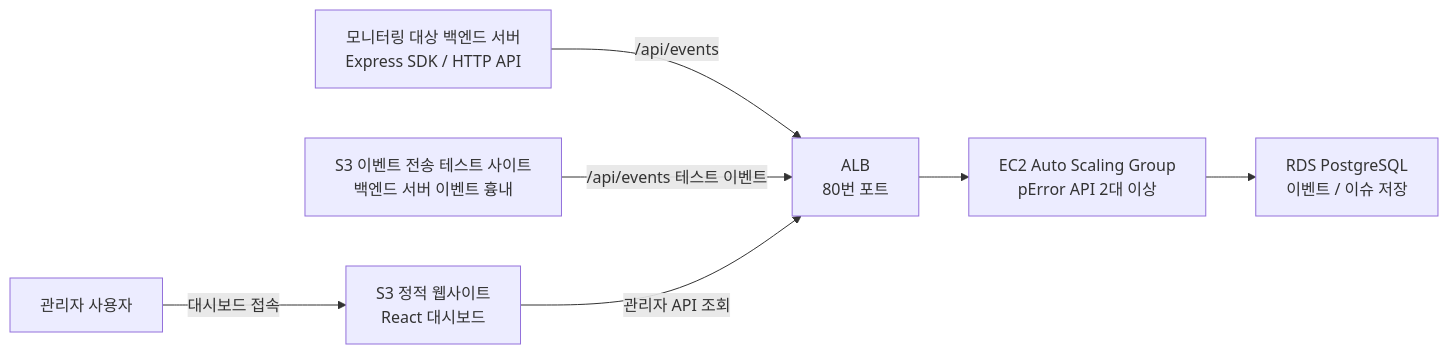
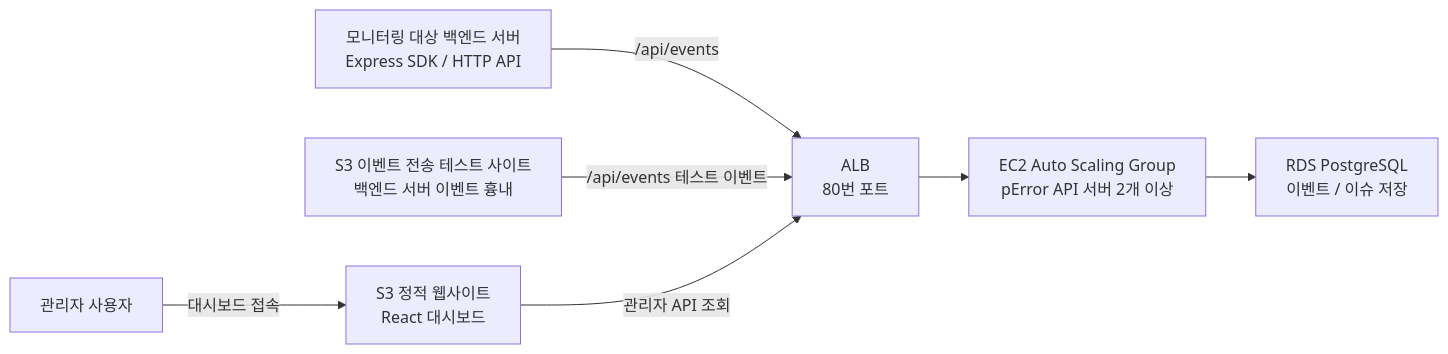
One commit to thswldns77/pError changed the diagram in docs/submission.md. Above: the diagram before and after it, drawn with Mermaid. The commit also changed 1 other file, not shown here.

Commit message:
docs: API 서버 수량 표현 수정

````diff
--- a/docs/submission.md
+++ b/docs/submission.md
@@ -48,18 +48,18 @@
 ```mermaid
 flowchart LR
   backend["모니터링 대상 백엔드 서버<br/>Express SDK / HTTP API"]
   admin["관리자 사용자"]
   tester["S3 이벤트 전송 테스트 사이트<br/>백엔드 서버 이벤트 흉내"]
 
   s3["S3 정적 웹사이트<br/>React 대시보드"]
   alb["ALB<br/>80번 포트"]
-  asg["EC2 Auto Scaling Group<br/>pError API 2대 이상"]
+  asg["EC2 Auto Scaling Group<br/>pError API 서버 2개 이상"]
   rds["RDS PostgreSQL<br/>이벤트 / 이슈 저장"]
 
   backend -->|/api/events| alb
   tester -->|/api/events 테스트 이벤트| alb
   admin -->|대시보드 접속| s3
   s3 -->|관리자 API 조회| alb
   alb --> asg
   asg --> rds
 ```
````
